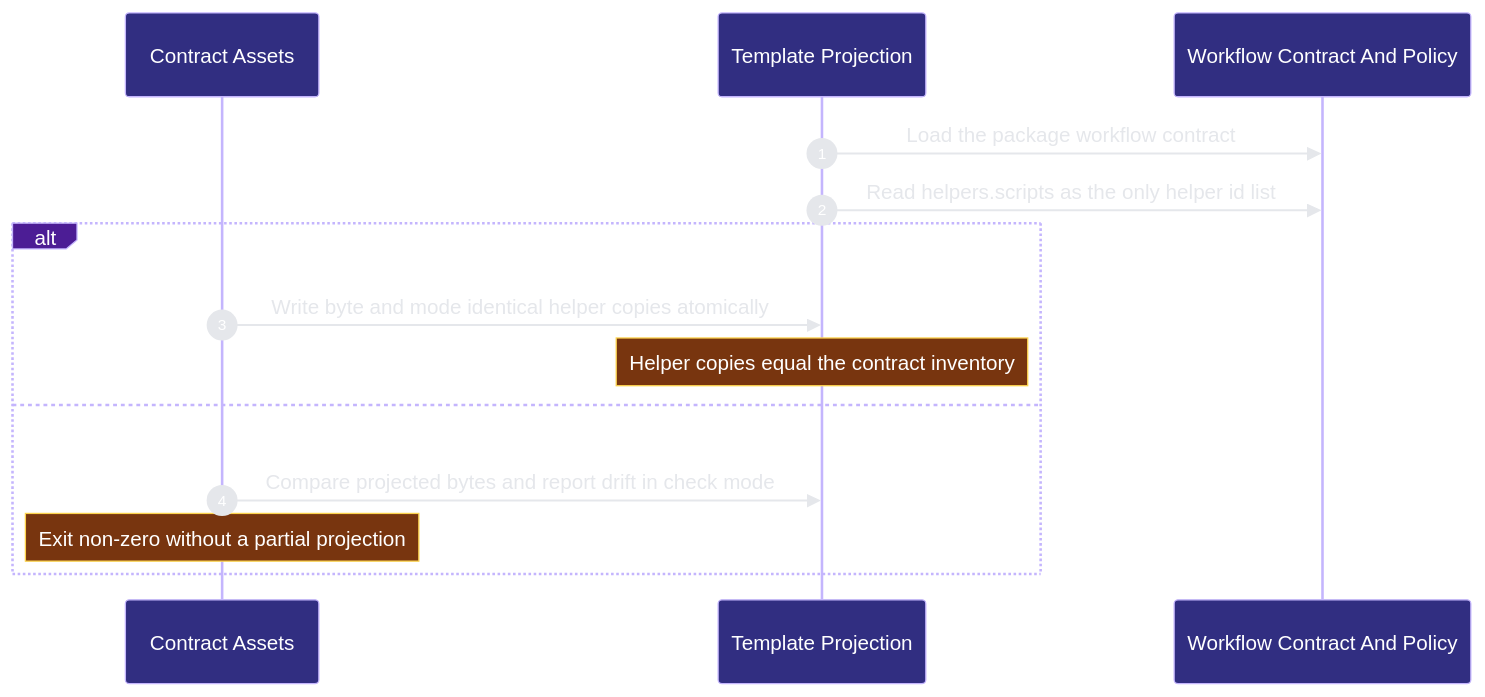
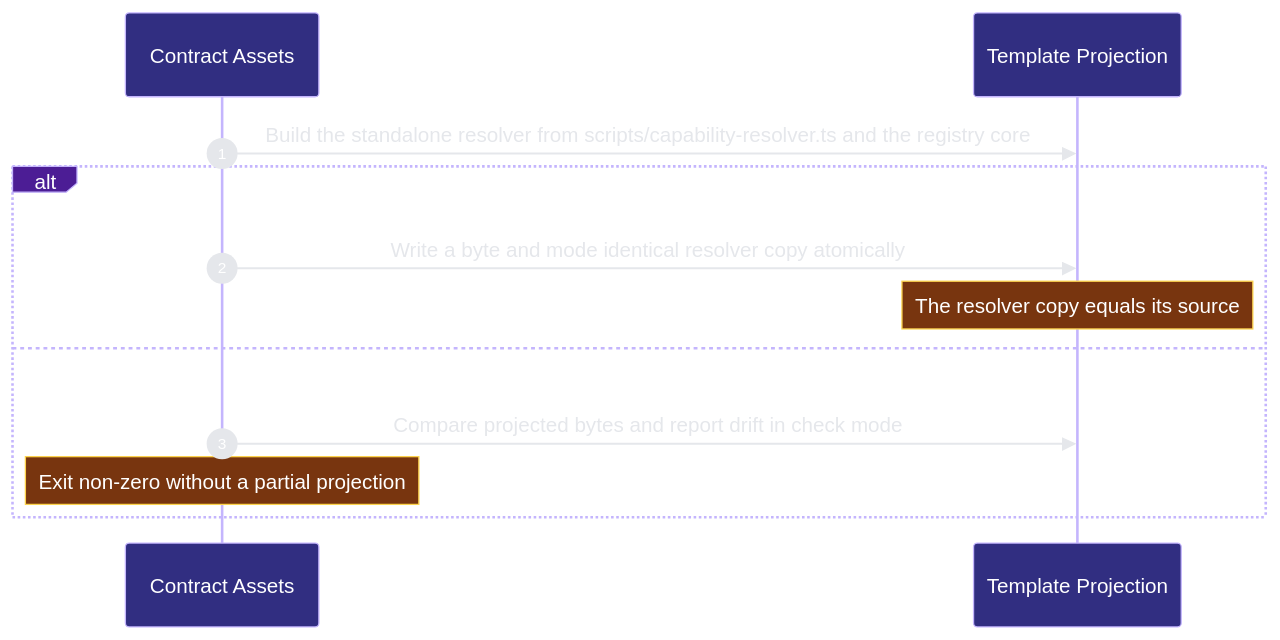
Before and after one commit to Ancienttwo/repo-harness: the second of 3 diagrams in docs/architecture/modules/workflow-engine/contract-assets.md, drawn with Mermaid. The commit also changed other lines of this file and 12 other files, not shown here.

First line of the commit message:
docs(architecture): project the downstream surface change (#772)

````diff
--- a/docs/architecture/modules/workflow-engine/contract-assets.md
+++ b/docs/architecture/modules/workflow-engine/contract-assets.md
@@ -120,17 +118,15 @@
 ```mermaid
 %%{init: {"theme":"base","themeVariables":{"background":"#0d1117","actorBkg":"#312e81","actorBorder":"#c4b5fd","actorTextColor":"#ffffff","signalColor":"#e5e7eb","signalTextColor":"#e5e7eb","labelBoxBkgColor":"#4c1d95","labelBoxBorderColor":"#c4b5fd","labelTextColor":"#ffffff","noteBkgColor":"#78350f","noteBorderColor":"#fcd34d","noteTextColor":"#ffffff","sequenceNumberColor":"#ffffff"}}}%%
 sequenceDiagram
   autonumber
   participant p2_capability_4262990f as Contract Assets
   participant p2_projection_7d224da1 as Template Projection
-  participant p2_contract_304aeb6a as Workflow Contract And Policy
-  p2_projection_7d224da1->>p2_contract_304aeb6a: Load the package workflow contract
-  p2_projection_7d224da1->>p2_contract_304aeb6a: Read helpers.scripts as the only helper id list
-  alt Every helper copy matches its source
-  p2_capability_4262990f->>p2_projection_7d224da1: Write byte and mode identical helper copies atomically
-    Note over p2_projection_7d224da1: Helper copies equal the contract inventory
-  else A helper copy drifts or the inventory is unsafe
+  p2_capability_4262990f->>p2_projection_7d224da1: Build the standalone resolver from scripts/capability-resolver.ts and the registry core
+  alt The resolver copy matches its source
+  p2_capability_4262990f->>p2_projection_7d224da1: Write a byte and mode identical resolver copy atomically
+    Note over p2_projection_7d224da1: The resolver copy equals its source
+  else The resolver copy drifts or an unclassified helper file exists
   p2_capability_4262990f->>p2_projection_7d224da1: Compare projected bytes and report drift in check mode
     Note over p2_capability_4262990f: Exit non-zero without a partial projection
   end
 ```
````
